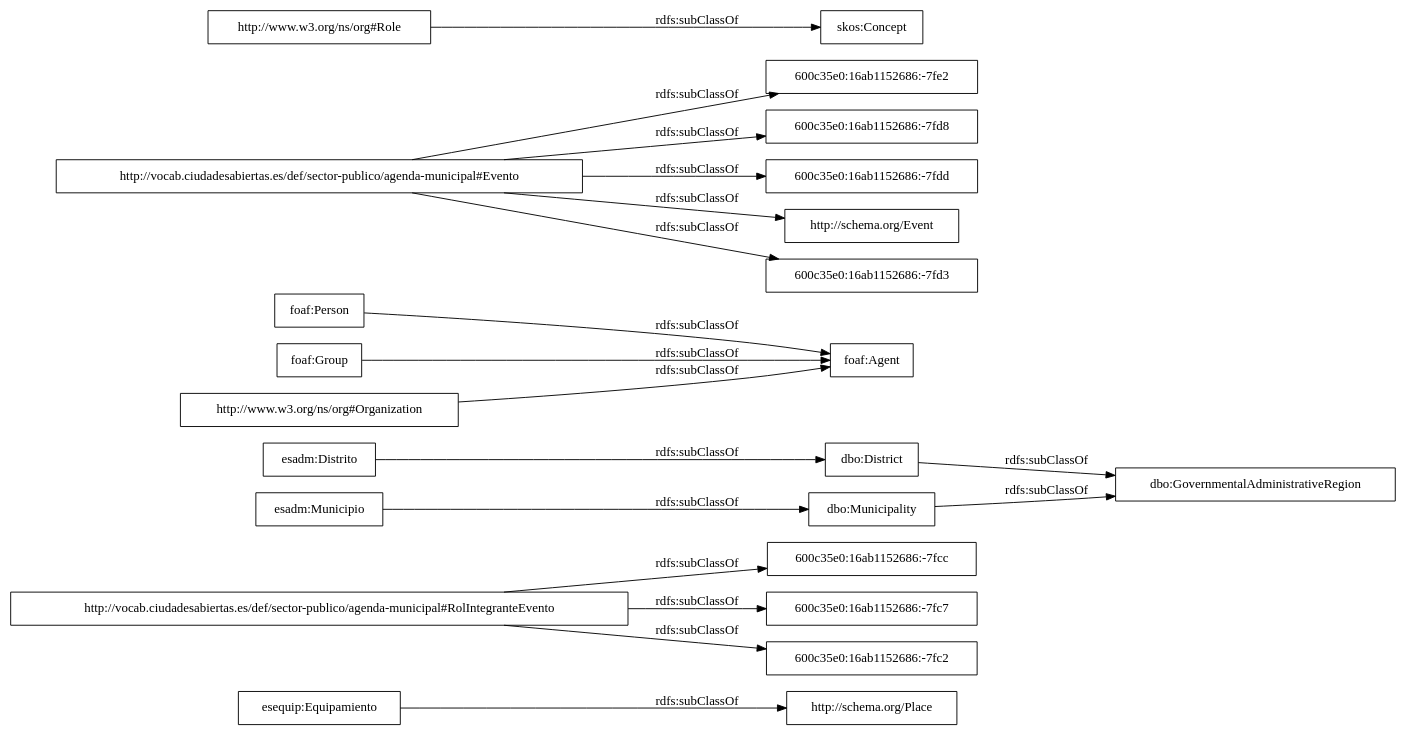
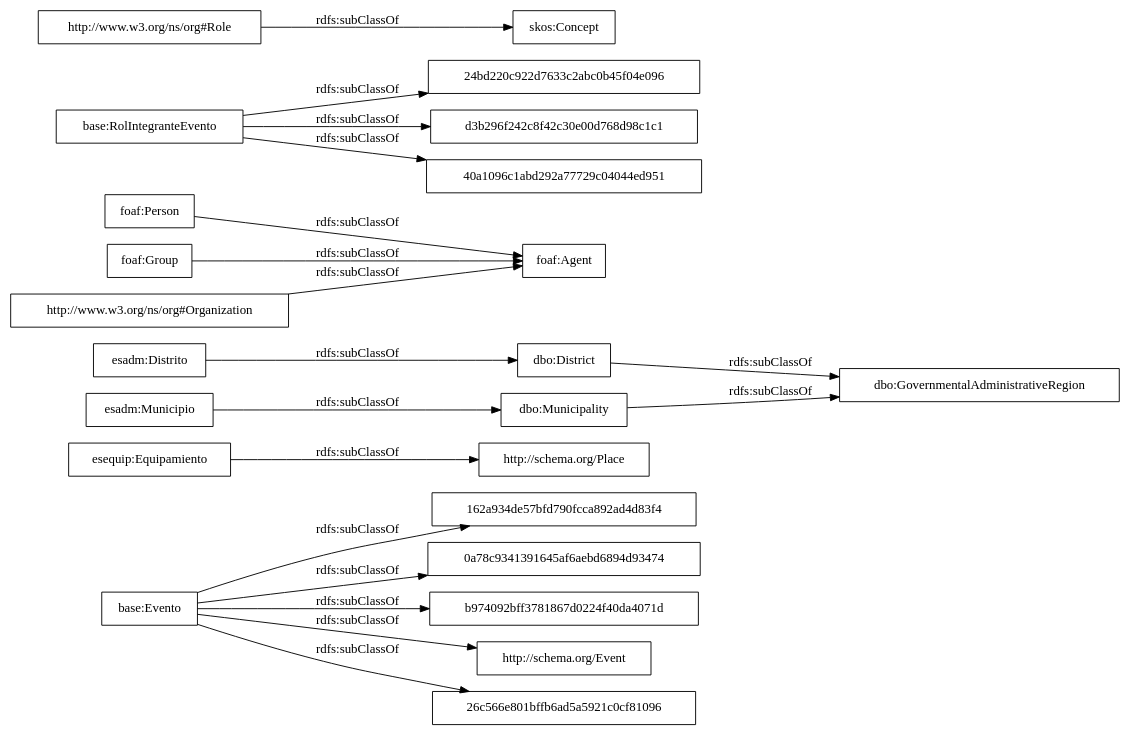
One commit to OnToologyUser/sector-publico-agenda-municipal changed the diagram in OnToology/ontology/agenda-municipal.owl/diagrams/ar2dtool-taxonomy/agenda-municipal.owl.png.dot. Above: the diagram before and after it, drawn with Graphviz. The commit also changed 11 other files, not shown here.

```diff
--- a/OnToology/ontology/agenda-municipal.owl/diagrams/ar2dtool-taxonomy/agenda-municipal.owl.png.dot
+++ b/OnToology/ontology/agenda-municipal.owl/diagrams/ar2dtool-taxonomy/agenda-municipal.owl.png.dot
@@ -1,23 +1,23 @@
 digraph ar2dtool_diagram { 
 rankdir=LR;
 size="1000"
-node [shape = rectangle, color="black"]; "esequip:Equipamiento" "600c35e0:16ab1152686:-7fcc" "dbo:GovernmentalAdministrativeRegion" "foaf:Agent" "600c35e0:16ab1152686:-7fe2" "600c35e0:16ab1152686:-7fc7" "600c35e0:16ab1152686:-7fd8" "dbo:District" "600c35e0:16ab1152686:-7fdd" "http://vocab.ciudadesabiertas.es/def/sector-publico/agenda-municipal#Evento" "http://schema.org/Event" "foaf:Person" "esadm:Distrito" "600c35e0:16ab1152686:-7fc2" "600c35e0:16ab1152686:-7fd3" "dbo:Municipality" "foaf:Group" "skos:Concept" "http://vocab.ciudadesabiertas.es/def/sector-publico/agenda-municipal#RolIntegranteEvento" "esadm:Municipio" "http://www.w3.org/ns/org#Organization" "http://www.w3.org/ns/org#Role" "http://schema.org/Place" ; /*classes style*/
+node [shape = rectangle, color="black"]; "162a934de57bfd790fcca892ad4d83f4" "0a78c9341391645af6aebd6894d93474" "esequip:Equipamiento" "dbo:GovernmentalAdministrativeRegion" "foaf:Agent" "b974092bff3781867d0224f40da4071d" "dbo:District" "24bd220c922d7633c2abc0b45f04e096" "base:Evento" "http://schema.org/Event" "26c566e801bffb6ad5a5921c0cf81096" "foaf:Person" "d3b296f242c8f42c30e00d768d98c1c1" "esadm:Distrito" "dbo:Municipality" "40a1096c1abd292a77729c04044ed951" "foaf:Group" "skos:Concept" "base:RolIntegranteEvento" "esadm:Municipio" "http://www.w3.org/ns/org#Organization" "http://www.w3.org/ns/org#Role" "http://schema.org/Place" ; /*classes style*/
 	"foaf:Group" -> "foaf:Agent" [ label = "rdfs:subClassOf" ];
 	"http://www.w3.org/ns/org#Organization" -> "foaf:Agent" [ label = "rdfs:subClassOf" ];
 	"http://www.w3.org/ns/org#Role" -> "skos:Concept" [ label = "rdfs:subClassOf" ];
 	"foaf:Person" -> "foaf:Agent" [ label = "rdfs:subClassOf" ];
 	"esadm:Distrito" -> "dbo:District" [ label = "rdfs:subClassOf" ];
 	"dbo:Municipality" -> "dbo:GovernmentalAdministrativeRegion" [ label = "rdfs:subClassOf" ];
 	"dbo:District" -> "dbo:GovernmentalAdministrativeRegion" [ label = "rdfs:subClassOf" ];
-	"http://vocab.ciudadesabiertas.es/def/sector-publico/agenda-municipal#Evento" -> "http://schema.org/Event" [ label = "rdfs:subClassOf" ];
-	"http://vocab.ciudadesabiertas.es/def/sector-publico/agenda-municipal#Evento" -> "600c35e0:16ab1152686:-7fd3" [ label = "rdfs:subClassOf" ];
-	"http://vocab.ciudadesabiertas.es/def/sector-publico/agenda-municipal#Evento" -> "600c35e0:16ab1152686:-7fd8" [ label = "rdfs:subClassOf" ];
-	"http://vocab.ciudadesabiertas.es/def/sector-publico/agenda-municipal#Evento" -> "600c35e0:16ab1152686:-7fdd" [ label = "rdfs:subClassOf" ];
-	"http://vocab.ciudadesabiertas.es/def/sector-publico/agenda-municipal#Evento" -> "600c35e0:16ab1152686:-7fe2" [ label = "rdfs:subClassOf" ];
+	"base:Evento" -> "http://schema.org/Event" [ label = "rdfs:subClassOf" ];
+	"base:Evento" -> "162a934de57bfd790fcca892ad4d83f4" [ label = "rdfs:subClassOf" ];
+	"base:Evento" -> "26c566e801bffb6ad5a5921c0cf81096" [ label = "rdfs:subClassOf" ];
+	"base:Evento" -> "0a78c9341391645af6aebd6894d93474" [ label = "rdfs:subClassOf" ];
+	"base:Evento" -> "b974092bff3781867d0224f40da4071d" [ label = "rdfs:subClassOf" ];
 	"esequip:Equipamiento" -> "http://schema.org/Place" [ label = "rdfs:subClassOf" ];
-	"http://vocab.ciudadesabiertas.es/def/sector-publico/agenda-municipal#RolIntegranteEvento" -> "600c35e0:16ab1152686:-7fc2" [ label = "rdfs:subClassOf" ];
-	"http://vocab.ciudadesabiertas.es/def/sector-publico/agenda-municipal#RolIntegranteEvento" -> "600c35e0:16ab1152686:-7fc7" [ label = "rdfs:subClassOf" ];
-	"http://vocab.ciudadesabiertas.es/def/sector-publico/agenda-municipal#RolIntegranteEvento" -> "600c35e0:16ab1152686:-7fcc" [ label = "rdfs:subClassOf" ];
+	"base:RolIntegranteEvento" -> "40a1096c1abd292a77729c04044ed951" [ label = "rdfs:subClassOf" ];
+	"base:RolIntegranteEvento" -> "d3b296f242c8f42c30e00d768d98c1c1" [ label = "rdfs:subClassOf" ];
+	"base:RolIntegranteEvento" -> "24bd220c922d7633c2abc0b45f04e096" [ label = "rdfs:subClassOf" ];
 	"esadm:Municipio" -> "dbo:Municipality" [ label = "rdfs:subClassOf" ];
 
 }
```
